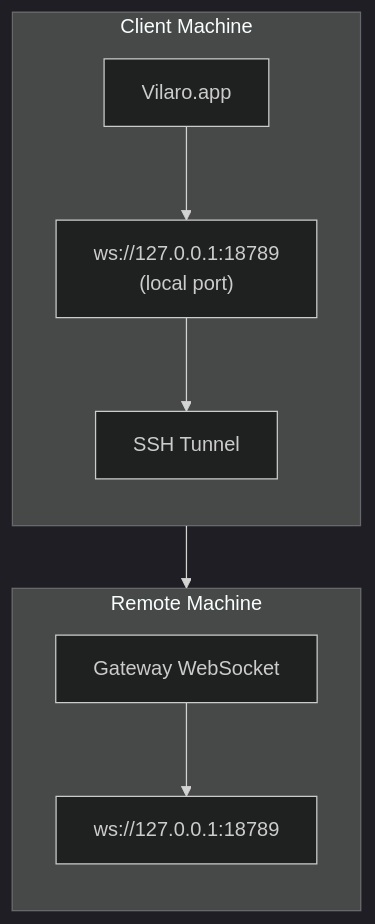
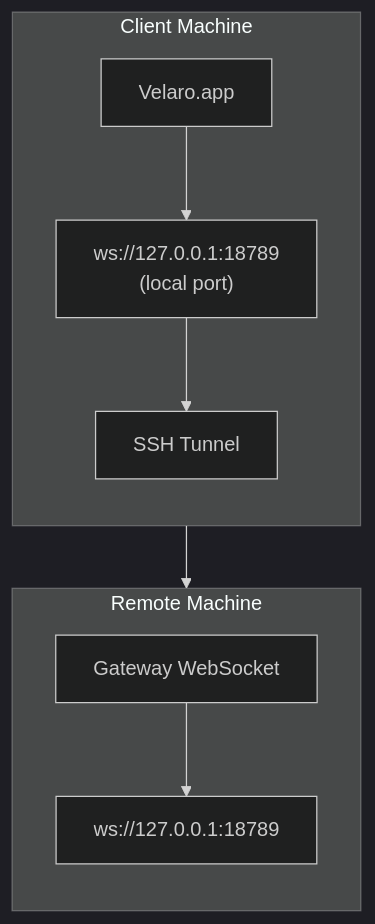
Before and after one commit to JacobE-Larp/Velaro: the diagram in docs/gateway/remote-gateway-readme.md, drawn with Mermaid (dark theme). The commit also changed other lines of this file and 1034 other files, not shown here.

First line of the commit message:
rebrand: rename Vilaro → Velaro across all user-facing surfaces

````diff
--- a/docs/gateway/remote-gateway-readme.md
+++ b/docs/gateway/remote-gateway-readme.md
@@ -13,20 +13,20 @@
 ```mermaid
 flowchart TB
     subgraph Client["Client Machine"]
         direction TB
-        A["Vilaro.app"]
+        A["Velaro.app"]
         B["ws://127.0.0.1:18789\n(local port)"]
         T["SSH Tunnel"]
 
         A --> B
         B --> T
     end
     subgraph Remote["Remote Machine"]
         direction TB
         C["Gateway WebSocket"]
         D["ws://127.0.0.1:18789"]
 
         C --> D
     end
     T --> C
 ```
````
